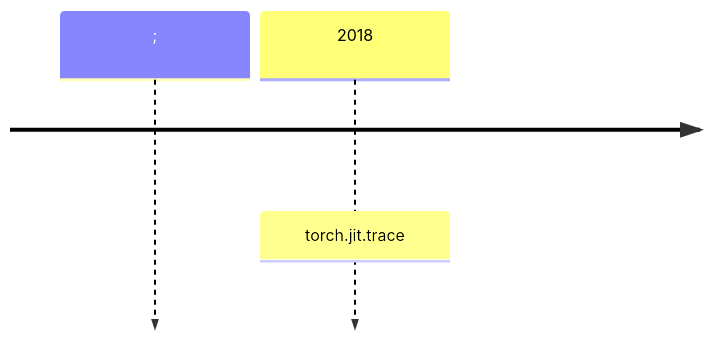
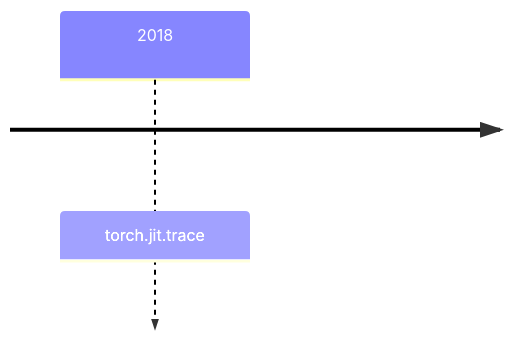
One commit to yuehniu/homepage changed the diagram in _posts/2025-11-02-torchfx.md. Above: the diagram before and after it, drawn with Mermaid.

Commit message:
Blog: PyTorch Graph and Tracing

````diff
--- a/_posts/2025-11-02-torchfx.md
+++ b/_posts/2025-11-02-torchfx.md
@@ -22,4 +22,4 @@
 ```mermaid
-timeline;
-    2018: torch.jit.trace
+timeline
+    2018 : torch.jit.trace
 ```
````
